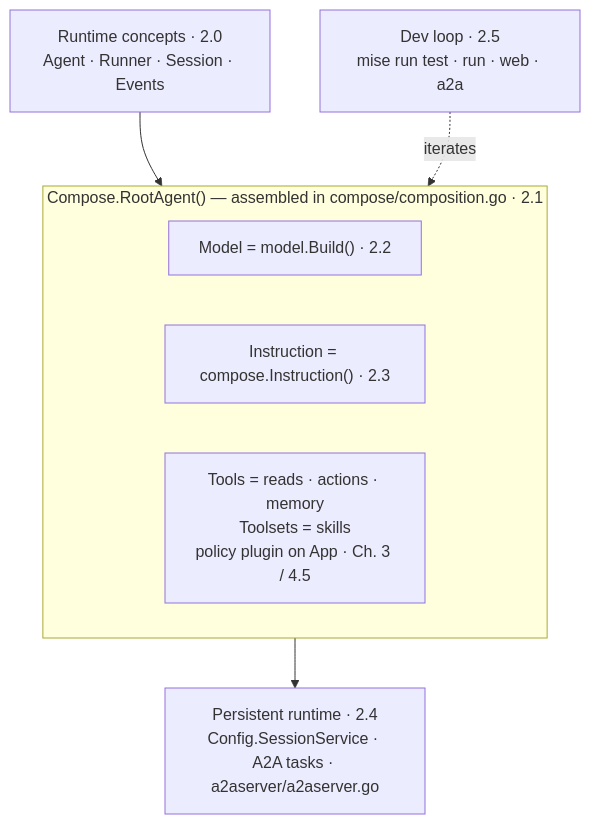
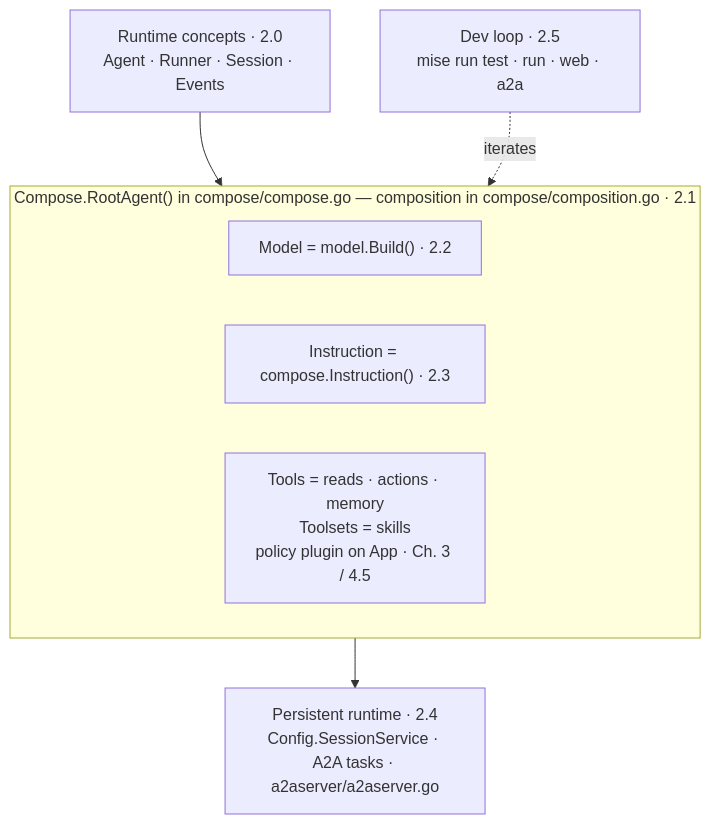
Before and after one commit to LuiGGi629/agentops-open-course: the diagram in content/2. Agents/_index.md, drawn with Mermaid. The commit also changed other lines of this file and 22 other files, not shown here.

````diff
--- a/content/2. Agents/_index.md
+++ b/content/2. Agents/_index.md
@@ -57,14 +73,14 @@
 ```mermaid
 flowchart TD
     concepts["Runtime concepts · 2.0<br/>Agent · Runner · Session · Events"]
-    subgraph agent["Compose.RootAgent() — assembled in compose/composition.go · 2.1"]
+    subgraph agent["Compose.RootAgent() in compose/compose.go — composition in compose/composition.go · 2.1"]
         model["Model = model.Build() · 2.2"]
         instr["Instruction = compose.Instruction() · 2.3"]
         tools["Tools = reads · actions · memory<br/>Toolsets = skills<br/>policy plugin on App · Ch. 3 / 4.5"]
     end
     runtime["Persistent runtime · 2.4<br/>Config.SessionService · A2A tasks · a2aserver/a2aserver.go"]
     loop["Dev loop · 2.5<br/>mise run test · run · web · a2a"]
     concepts --> agent
     agent --> runtime
     loop -. iterates .-> agent
 ```
````
